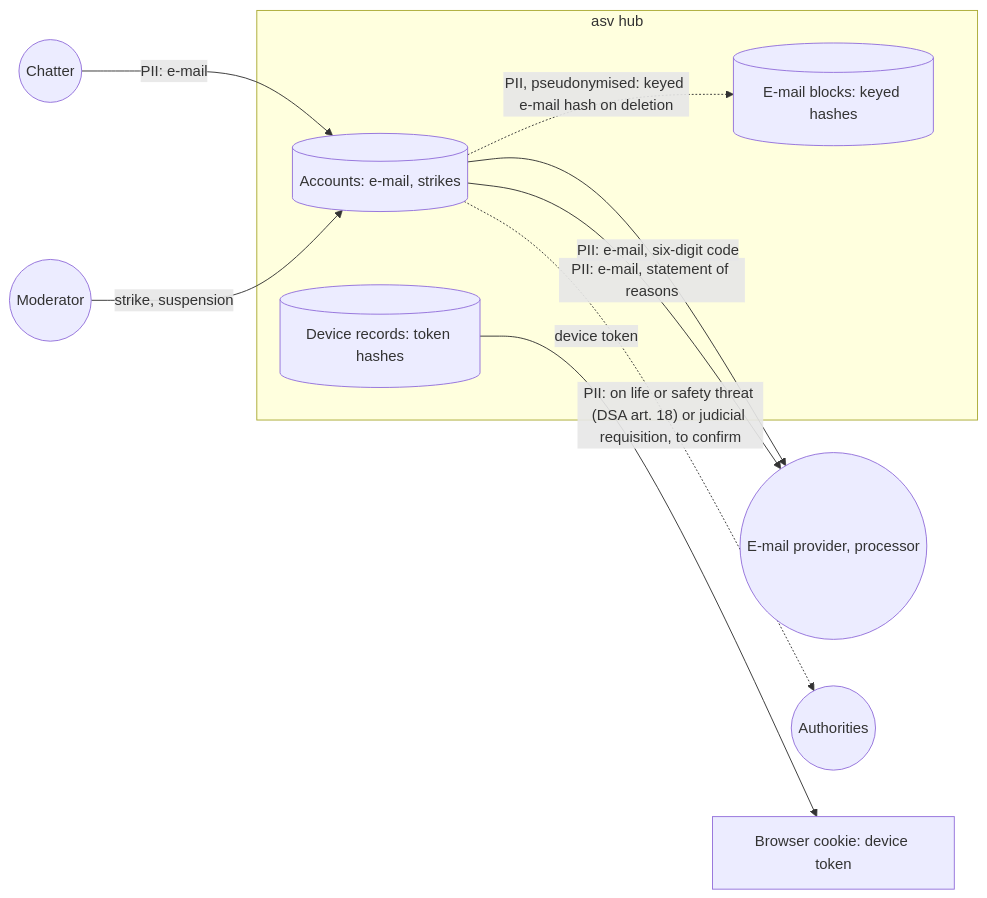
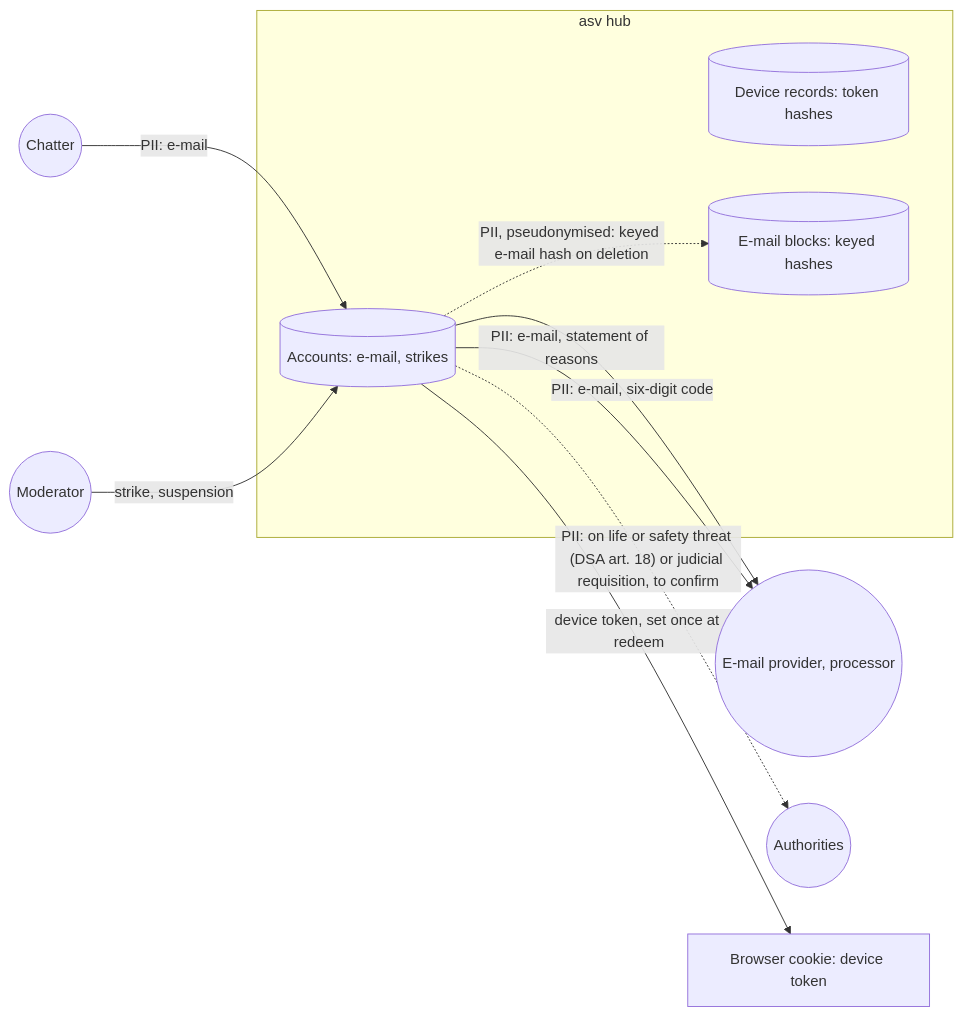
One commit to benoit-bremaud/asv changed the diagram in docs/architecture/diagrams/accounts/06-data-flow.md. Above: the diagram before and after it, drawn with Mermaid. The commit also changed 32 other files, not shown here.

````diff
--- a/docs/architecture/diagrams/accounts/06-data-flow.md
+++ b/docs/architecture/diagrams/accounts/06-data-flow.md
@@ -12,20 +12,20 @@
 ```mermaid
 flowchart LR
   Chatter(("Chatter"))
   Mod(("Moderator"))
   MailProvider(("E-mail provider, processor"))
   Authority(("Authorities"))
   subgraph asv ["asv hub"]
     Acc[("Accounts: e-mail, strikes")]
     Dev[("Device records: token hashes")]
     Blocks[("E-mail blocks: keyed hashes")]
   end
   Browser["Browser cookie: device token"]
   Chatter -->|"PII: e-mail"| Acc
   Acc -->|"PII: e-mail, six-digit code"| MailProvider
-  Dev -->|"device token"| Browser
+  Acc -->|"device token, set once at redeem"| Browser
   Mod -->|"strike, suspension"| Acc
   Acc -->|"PII: e-mail, statement of reasons"| MailProvider
   Acc -.->|"PII, pseudonymised: keyed e-mail hash on deletion"| Blocks
   Acc -.->|"PII: on life or safety threat (DSA art. 18) or judicial requisition, to confirm"| Authority
 ```
````
